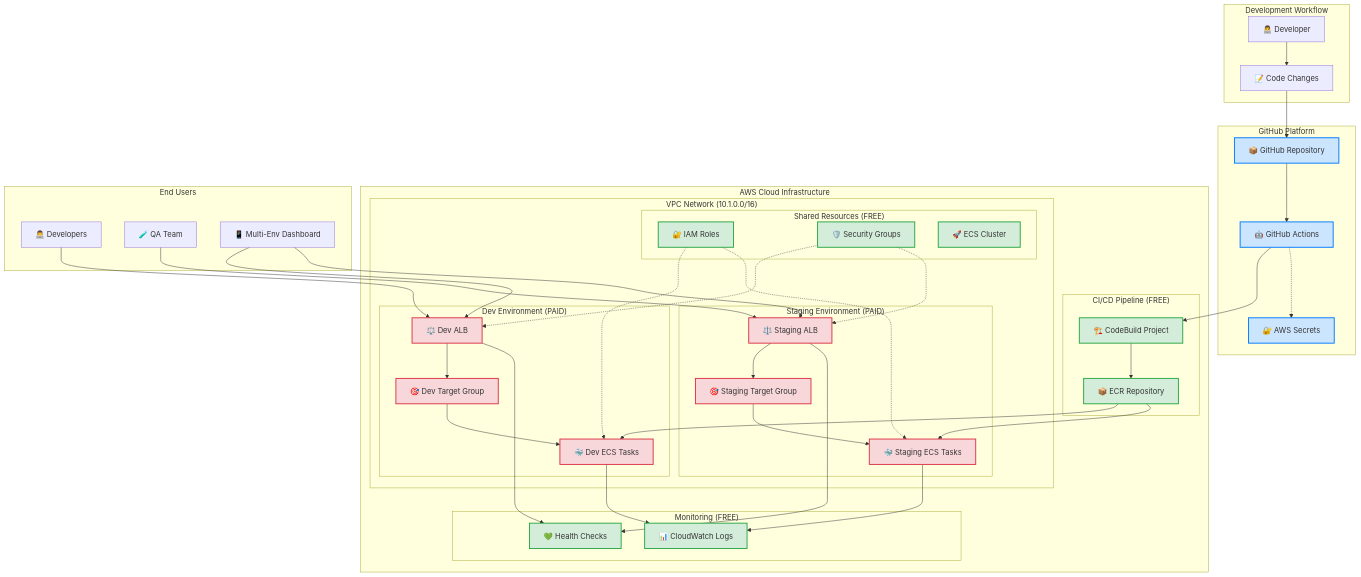
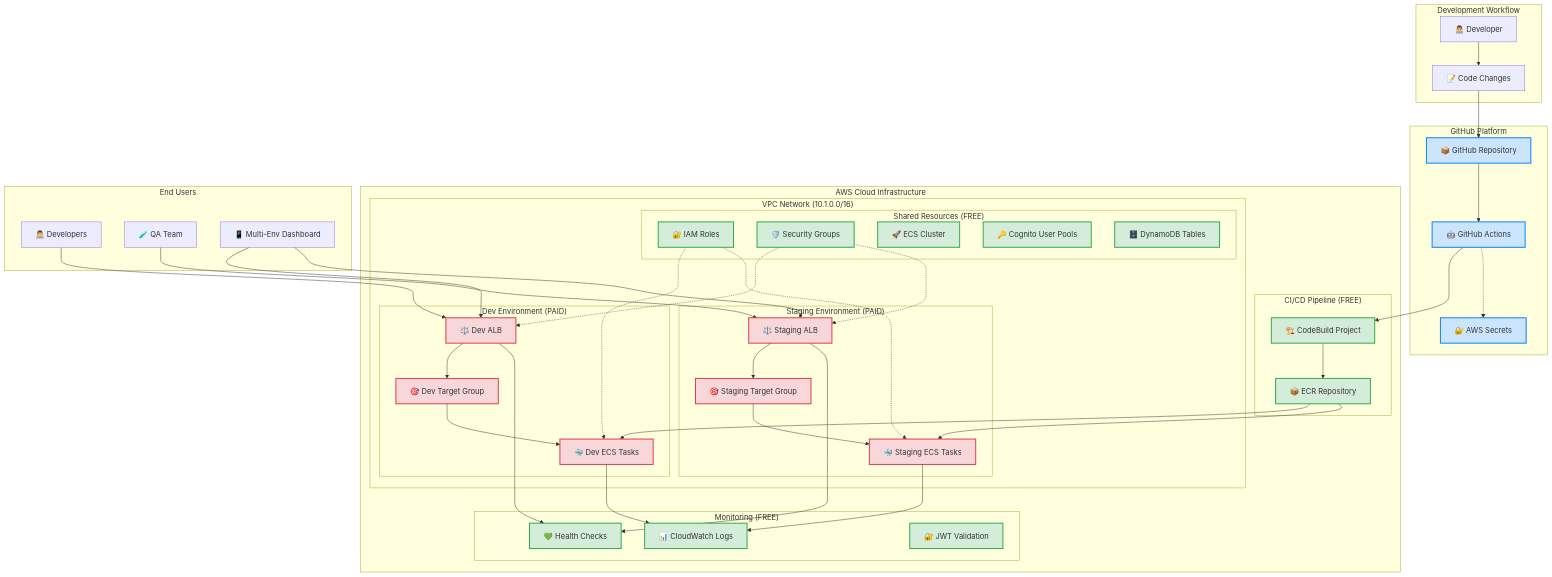
Before and after one commit to nipate/Deploy-App-ECS-AWS: the diagram in README.md, drawn with Mermaid. The commit also changed other lines of this file and 35 other files, not shown here.

````diff
--- a/README.md
+++ b/README.md
@@ -59,6 +62,8 @@
                 IAM[🔐 IAM Roles]
                 SG[🛡️ Security Groups]
                 CLUSTER[🚀 ECS Cluster]
+                COGNITO[🔑 Cognito User Pools]
+                DYNAMODB[🗄️ DynamoDB Tables]
             end
             
             subgraph "Dev Environment (PAID)"
@@ -77,6 +82,7 @@
         subgraph "Monitoring (FREE)"
             CW[📊 CloudWatch Logs]
             HEALTH[💚 Health Checks]
+            AUTH[🔐 JWT Validation]
         end
     end
     
@@ -127,7 +133,7 @@
     classDef paidResource fill:#f8d7da,stroke:#dc3545,stroke-width:2px
     classDef cicdResource fill:#cce5ff,stroke:#007bff,stroke-width:2px
     
-    class IAM,SG,CLUSTER,ECR,CB,CW,HEALTH freeResource
+    class IAM,SG,CLUSTER,ECR,CB,CW,HEALTH,COGNITO,DYNAMODB,AUTH freeResource
     class ALB_DEV,ALB_STAGE,ECS_DEV,ECS_STAGE,TG_DEV,TG_STAGE paidResource
     class REPO,ACTIONS,SECRETS cicdResource
 ```
````
